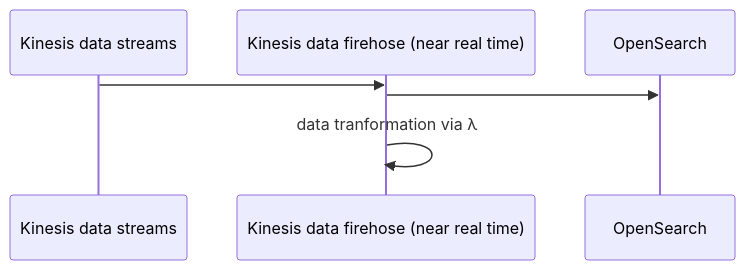
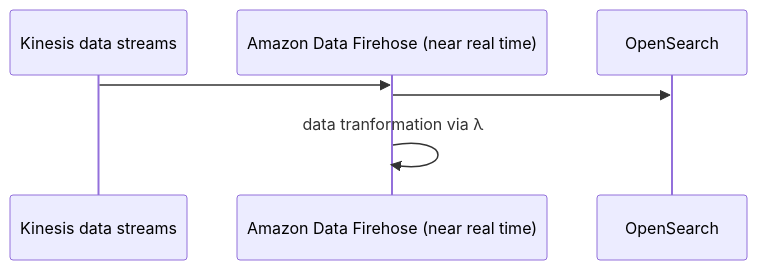
The first of 10 diagrams in README.md (LongBu/AWS-MLS-C01-Study-Guide), drawn with Mermaid before and after one commit. The commit also changed other lines of this file, not shown here.

Commit message:
Amazon Data Firehose

````diff
--- a/README.md
+++ b/README.md
@@ -133,9 +133,9 @@
  ```mermaid
 sequenceDiagram
     participant Kinesis data streams
-    participant Kinesis data firehose (near real time)
+    participant Amazon Data Firehose (near real time)
     participant OpenSearch
-    Kinesis data streams->>Kinesis data firehose (near real time): 
-    Kinesis data firehose (near real time)->>OpenSearch: 
-    Kinesis data firehose (near real time)->>Kinesis data firehose (near real time): data tranformation via λ
+    Kinesis data streams->>Amazon Data Firehose (near real time): 
+    Amazon Data Firehose (near real time)->>OpenSearch: 
+    Amazon Data Firehose (near real time)->>Amazon Data Firehose (near real time): data tranformation via λ
 ```
````
